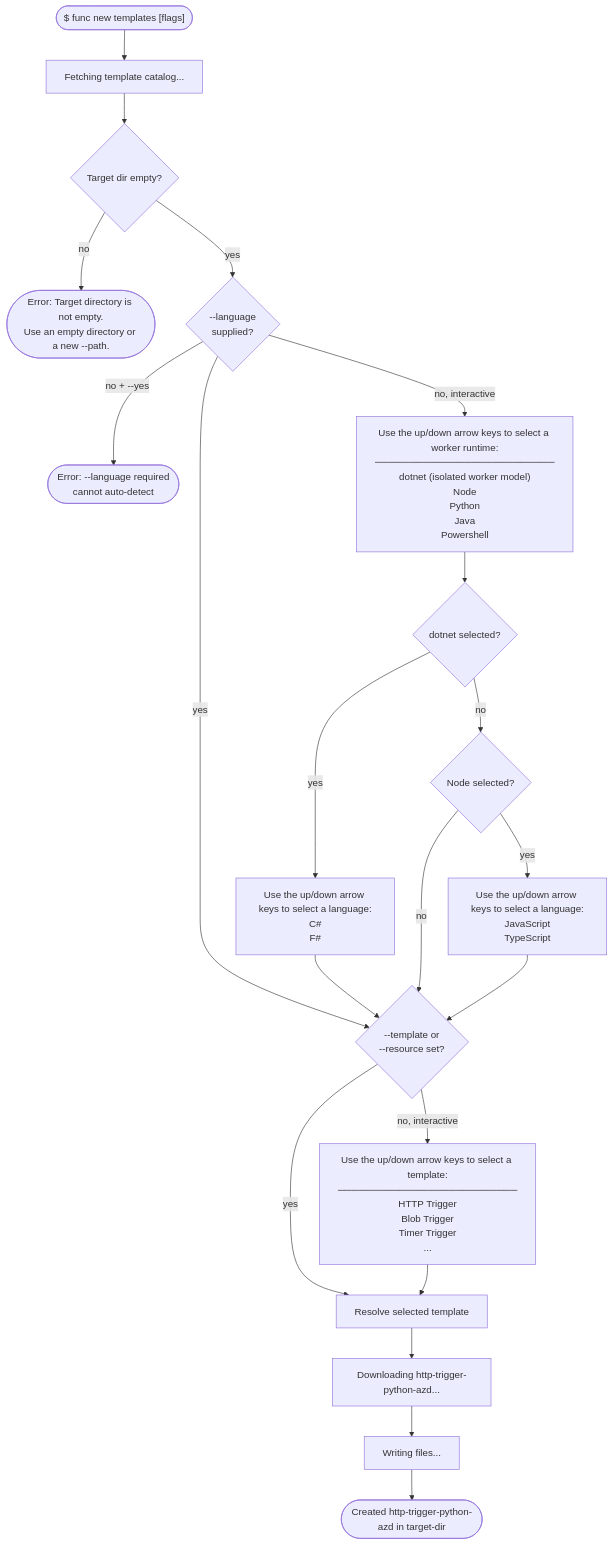
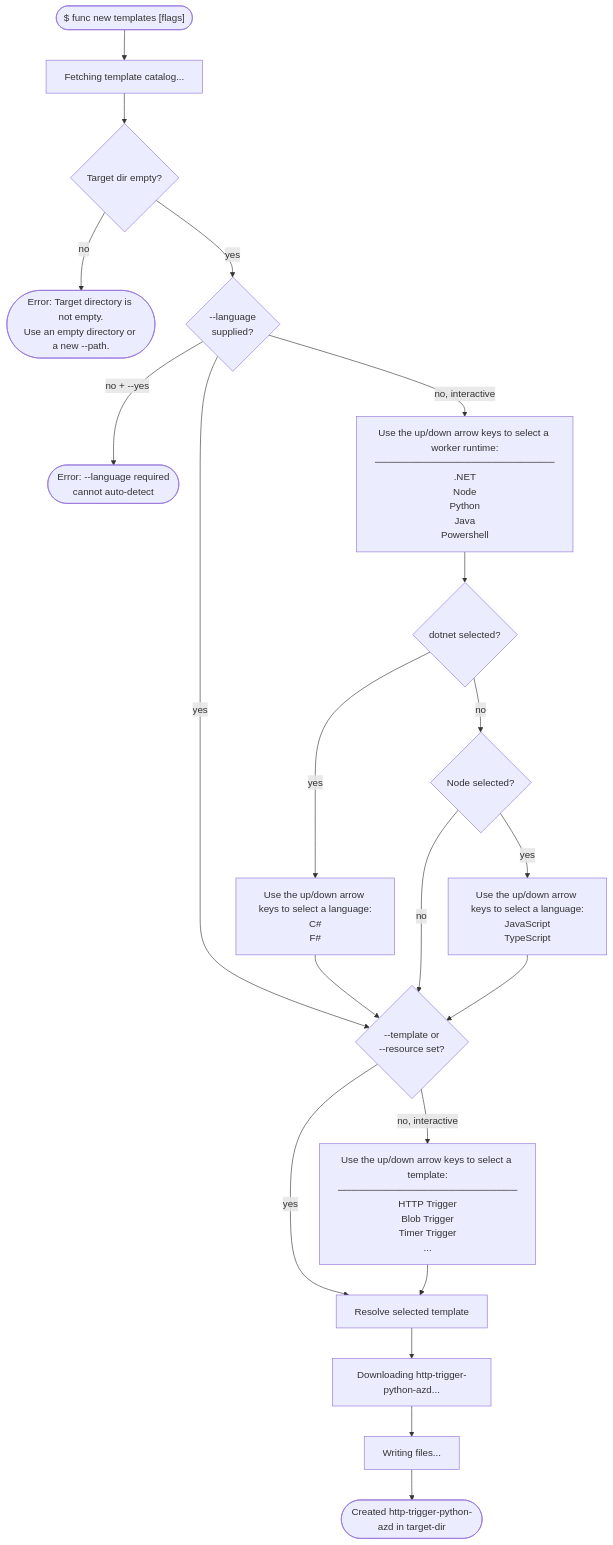
Before and after one commit to Azure/azure-functions-core-tools: the first of 4 diagrams in proposed/templates-e2e.md, drawn with Mermaid. The commit also changed other lines of this file, not shown here.

````diff
--- a/proposed/templates-e2e.md
+++ b/proposed/templates-e2e.md
@@ -380,37 +419,37 @@
 ```mermaid
 flowchart TD
     START(["$ func new templates [flags]"])
     START --> FETCH["Fetching template catalog..."]
 
     FETCH --> DIR_ERR{"Target dir empty?"}
     DIR_ERR -- no --> DERR(["Error: Target directory is not empty.<br/>Use an empty directory or a new --path."])
     DIR_ERR -- yes --> LANG
 
     LANG{"--language<br/>supplied?"}
     LANG -- yes --> TRIG
     LANG -- "no + --yes" --> LERR(["Error: --language required<br/>cannot auto-detect"])
-    LANG -- "no, interactive" --> LPROMPT["Use the up/down arrow keys to select a worker runtime:<br/>──────────────────────────<br/>dotnet (isolated worker model)<br/>Node<br/>Python<br/>Java<br/>Powershell"]
+    LANG -- "no, interactive" --> LPROMPT["Use the up/down arrow keys to select a worker runtime:<br/>──────────────────────────<br/>.NET<br/>Node<br/>Python<br/>Java<br/>Powershell"]
 
     LPROMPT --> DOTNETCHECK{"dotnet selected?"}
     DOTNETCHECK -- yes --> DOTNETPROMPT["Use the up/down arrow keys to select a language:<br/>C#<br/>F#"]
     DOTNETCHECK -- no --> NODECHECK
     DOTNETPROMPT --> TRIG
 
     NODECHECK{"Node selected?"}
     NODECHECK -- yes --> NODEPROMPT["Use the up/down arrow keys to select a language:<br/>JavaScript<br/>TypeScript"]
     NODECHECK -- no --> TRIG
     NODEPROMPT --> TRIG
 
     TRIG{"--template or<br/>--resource set?"}
     TRIG -- yes --> NAME
     TRIG -- "no, interactive" --> TPROMPT["Use the up/down arrow keys to select a template:<br/>──────────────────────────<br/>HTTP Trigger<br/>Blob Trigger<br/>Timer Trigger<br/>..."]
 
     TPROMPT --> NAME
 
     NAME["Resolve selected template"] --> DOWNLOAD
 
     DOWNLOAD["Downloading http-trigger-python-azd..."]
     DOWNLOAD --> WRITE["Writing files..."]
 
     WRITE --> SUCCESS(["Created http-trigger-python-azd in target-dir"])
 ```
````
